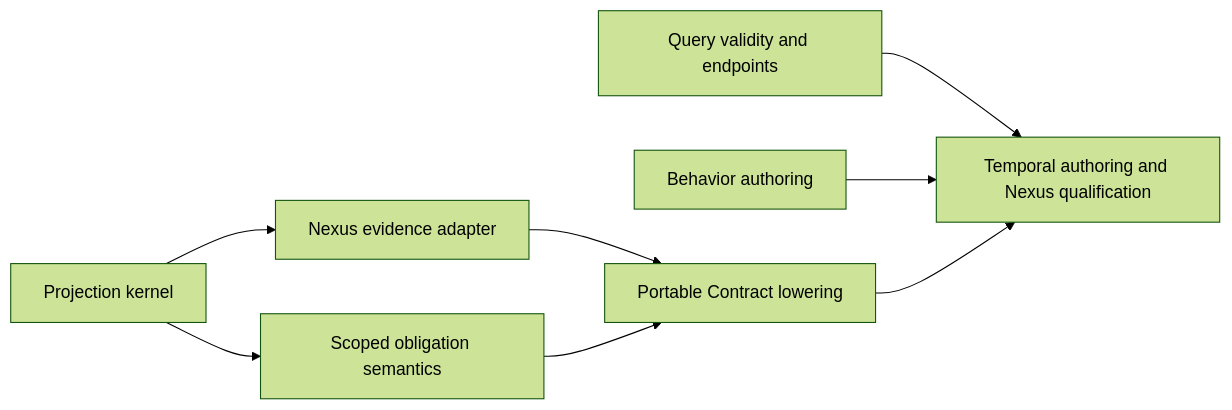
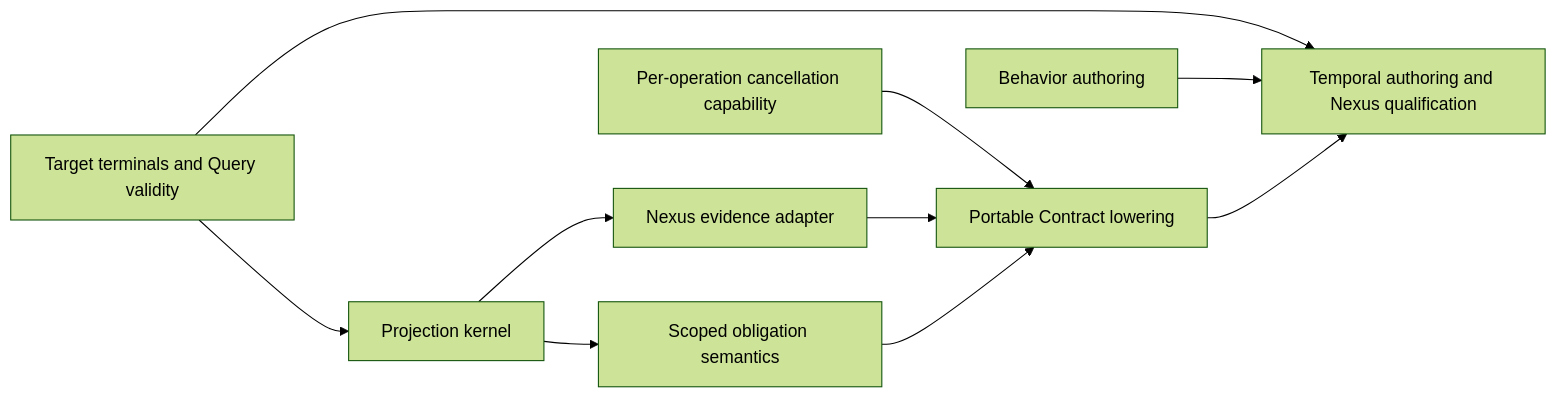
One commit to stephanos/temporal changed the diagram in .flow/specs/fn-78-typed-temporal-authoring-and-checked.md. Above: the diagram before and after it, drawn with Mermaid (forest theme). The commit also changed other lines of this file and 47 other files, not shown here.

````diff
--- a/.flow/specs/fn-78-typed-temporal-authoring-and-checked.md
+++ b/.flow/specs/fn-78-typed-temporal-authoring-and-checked.md
@@ -239,10 +243,12 @@
 ```mermaid
 flowchart LR
-  Q[Query validity and endpoints] --> Z[Temporal authoring and Nexus qualification]
+  Q[Target terminals and Query validity] --> P[Projection kernel]
+  Q --> Z[Temporal authoring and Nexus qualification]
   B[Behavior authoring] --> Z
-  P[Projection kernel] --> N[Nexus evidence adapter]
+  P --> N[Nexus evidence adapter]
   P --> O[Scoped obligation semantics]
-  N --> C[Portable Contract lowering]
+  K[Per-operation cancellation capability] --> C[Portable Contract lowering]
+  N --> C
   O --> C
   C --> Z
 ```
````
